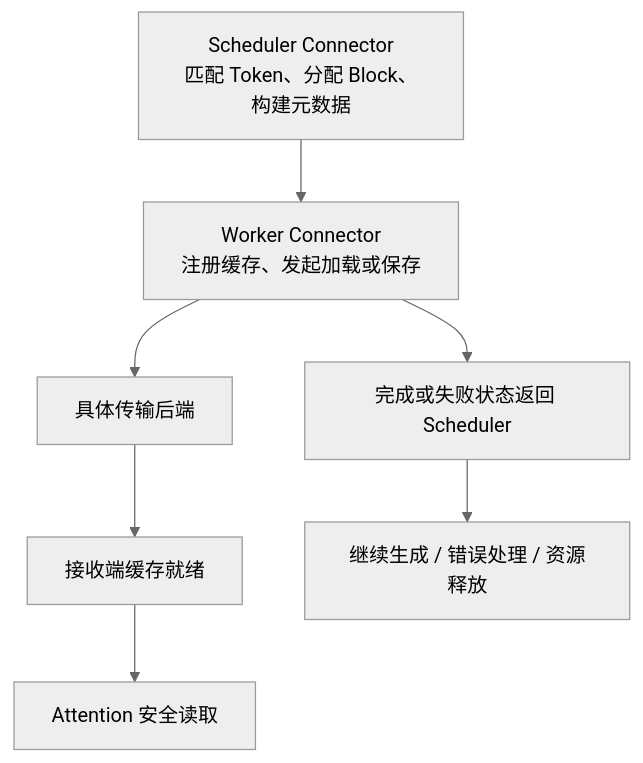
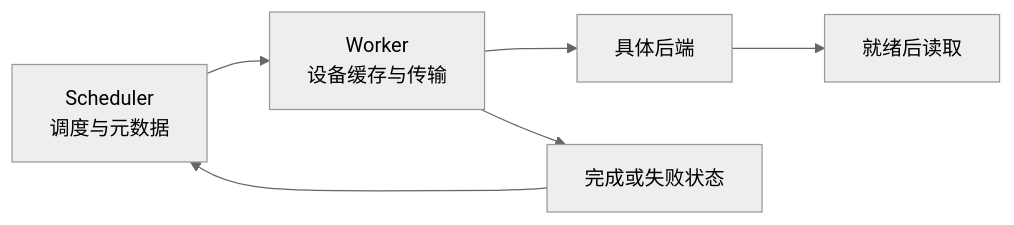
One commit to caomaolufei/AIInfraGuide changed the first of 3 diagrams in docs/guides/模块四-推理优化/第7章-PD解耦架构/7.3-KVCache传输与Connector.md. Above: the diagram before and after it, drawn with Mermaid (neutral theme). The commit also changed other lines of this file and 12 other files, not shown here.

Commit message:
docs: revise chapter seven state flow, budgets and experiment guidance

````diff
--- a/docs/guides/模块四-推理优化/第7章-PD解耦架构/7.3-KVCache传输与Connector.md
+++ b/docs/guides/模块四-推理优化/第7章-PD解耦架构/7.3-KVCache传输与Connector.md
@@ -155,9 +170,8 @@
 ```mermaid
-graph TD
-    S["Scheduler Connector<br/>匹配 Token、分配 Block、构建元数据"] --> W["Worker Connector<br/>注册缓存、发起加载或保存"]
-    W --> T["具体传输后端"]
-    T --> C["接收端缓存就绪"]
-    C --> A["Attention 安全读取"]
-    W --> F["完成或失败状态返回 Scheduler"]
-    F --> R["继续生成 / 错误处理 / 资源释放"]
+flowchart LR
+    S["Scheduler<br/>调度与元数据"] --> W["Worker<br/>设备缓存与传输"]
+    W --> T["具体后端"]
+    T --> C["就绪后读取"]
+    W --> F["完成或失败状态"]
+    F --> S
 ```
````
